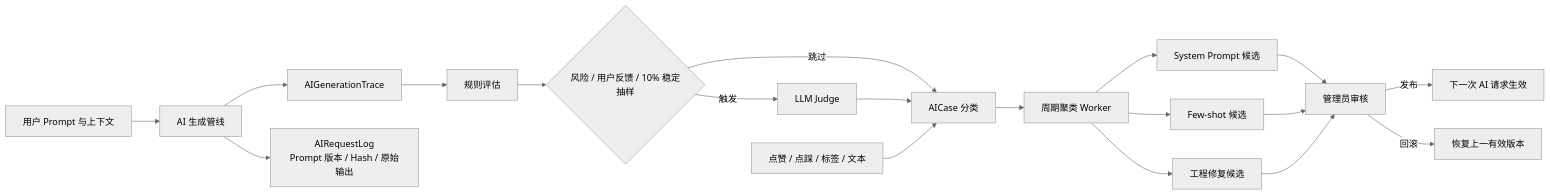
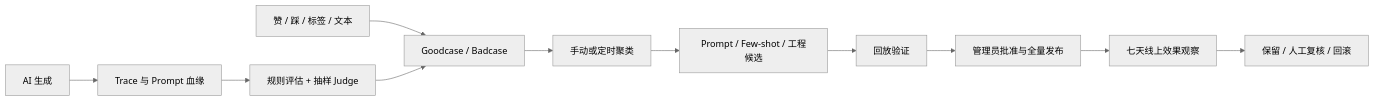
Before and after one commit to ZouZhiJie-code/happiness-system: the diagram in docs/ai-quality-loop.md, drawn with Mermaid (neutral theme). The commit also changed other lines of this file and 6 other files, not shown here.

````diff
--- a/docs/ai-quality-loop.md
+++ b/docs/ai-quality-loop.md
@@ -15,21 +17,13 @@
 ```mermaid
 flowchart LR
-  U["用户 Prompt 与上下文"] --> G["AI 生成管线"]
-  G --> T["AIGenerationTrace"]
-  G --> R["AIRequestLog<br/>Prompt 版本 / Hash / 原始输出"]
-  T --> E["规则评估"]
-  E --> J{"风险 / 用户反馈 / 10% 稳定抽样"}
-  J -->|触发| L["LLM Judge"]
-  J -->|跳过| C["AICase 分类"]
-  L --> C
-  F["点赞 / 点踩 / 标签 / 文本"] --> C
-  C --> W["周期聚类 Worker"]
-  W --> P["System Prompt 候选"]
-  W --> S["Few-shot 候选"]
-  W --> X["工程修复候选"]
-  P --> A["管理员审核"]
-  S --> A
-  X --> A
-  A -->|发布| N["下一次 AI 请求生效"]
-  A -->|回滚| B["恢复上一有效版本"]
+  G["AI 生成"] --> T["Trace 与 Prompt 血缘"]
+  T --> E["规则评估 + 抽样 Judge"]
+  F["赞 / 踩 / 标签 / 文本"] --> C["Goodcase / Badcase"]
+  E --> C
+  C --> W["手动或定时聚类"]
+  W --> P["Prompt / Few-shot / 工程候选"]
+  P --> V["回放验证"]
+  V --> A["管理员批准与全量发布"]
+  A --> I["七天线上效果观察"]
+  I --> K["保留 / 人工复核 / 回滚"]
 ```
````
